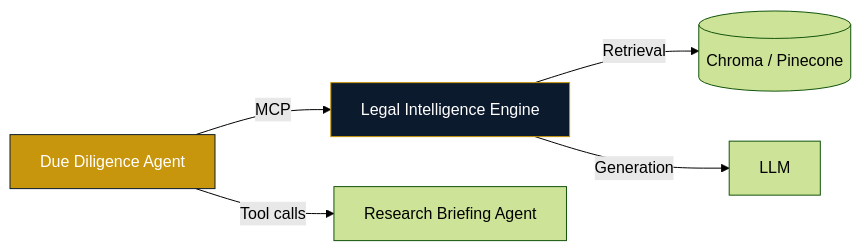
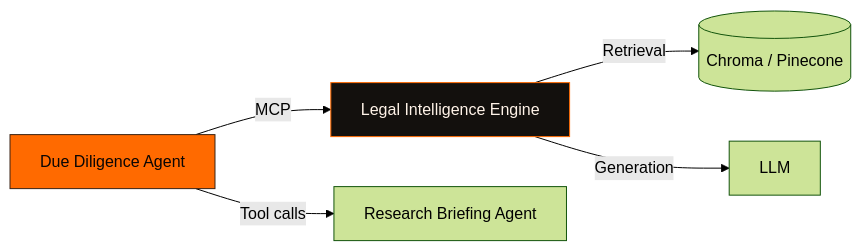
One commit to Dokist-ai/core changed the diagram in README.md. Above: the diagram before and after it, drawn with Mermaid (forest theme). The commit also changed other lines of this file, not shown here.

````diff
--- a/README.md
+++ b/README.md
@@ -96,9 +96,9 @@
 ```mermaid
 flowchart LR
     A[Due Diligence Agent] -->|MCP| B[Legal Intelligence Engine]
     B -->|Retrieval| C[(Chroma / Pinecone)]
     B -->|Generation| D[LLM]
     A -->|Tool calls| E[Research Briefing Agent]
-    style A fill:#C8960C,stroke:#0c1a2e,color:#fff
-    style B fill:#0c1a2e,stroke:#C8960C,color:#fff
+    style A fill:#FF6A00,stroke:#3A2314,color:#0A0604
+    style B fill:#13100D,stroke:#FF6A00,color:#FFF3E8
 ```
````
